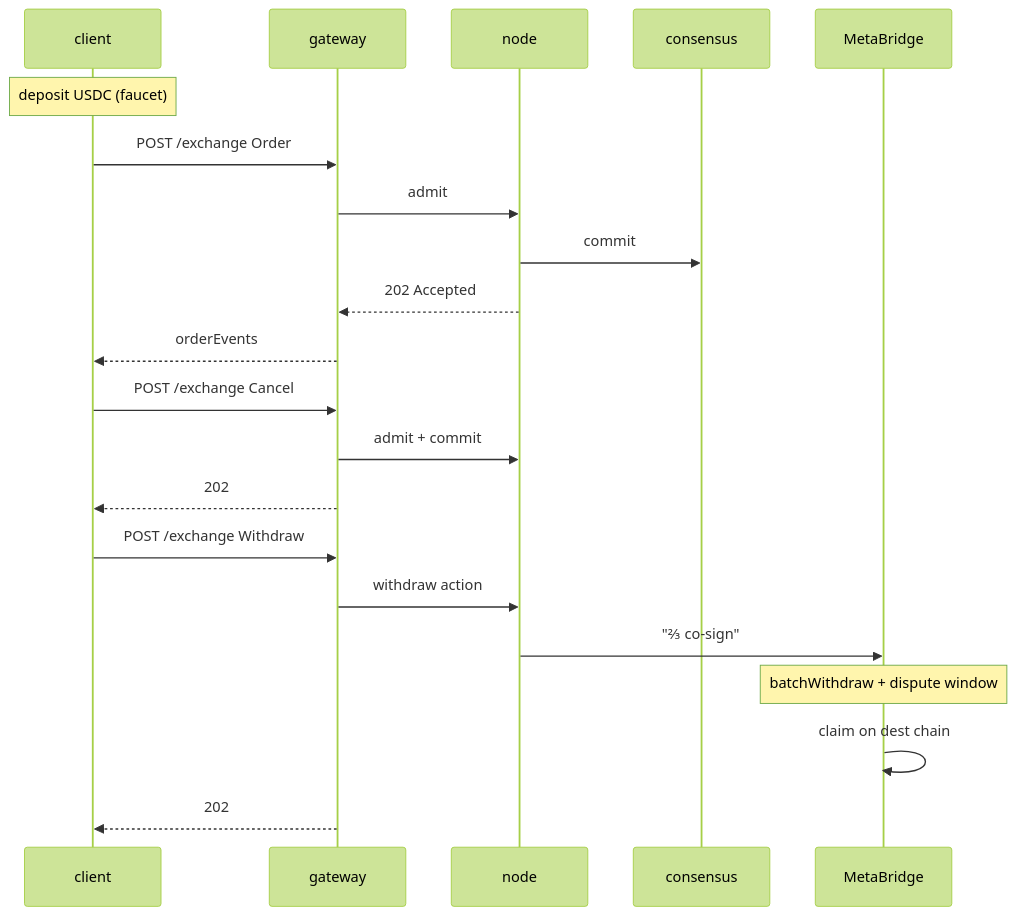
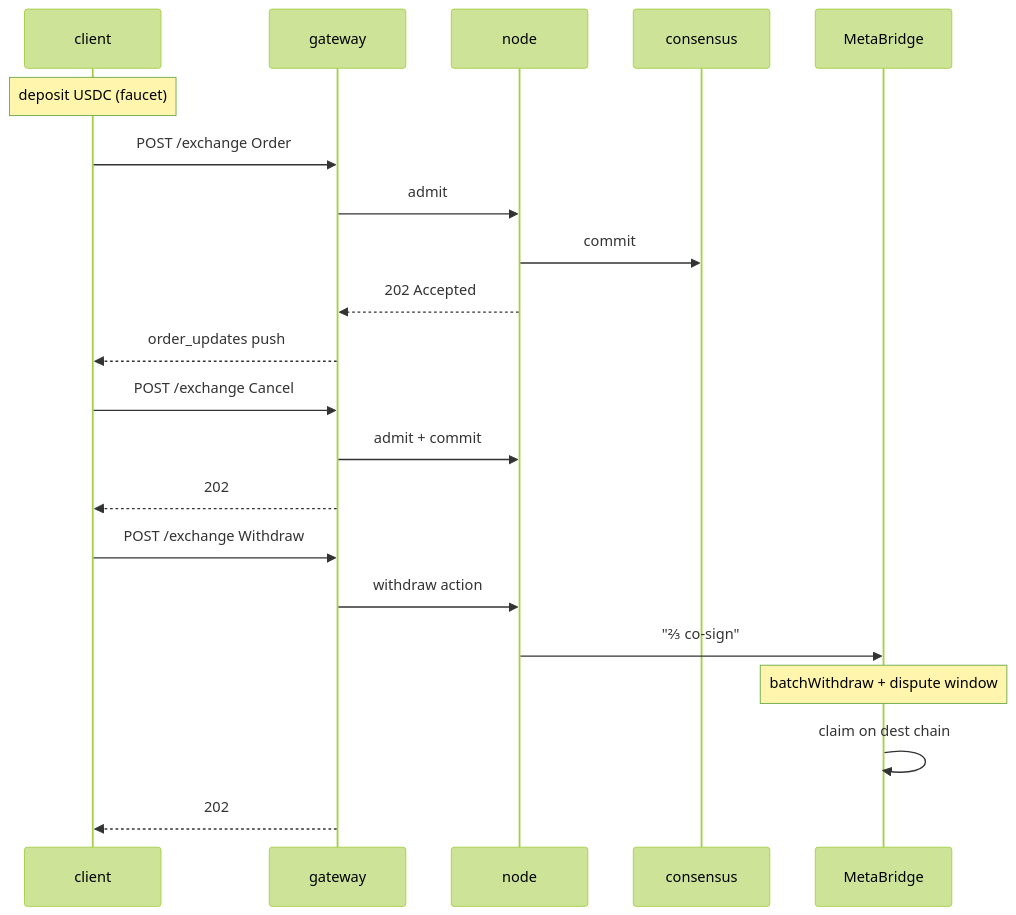
Before and after one commit to mtf-exchange/metaflux-knowledges: the diagram in docs/integration/quickstart.md, drawn with Mermaid (forest theme). The commit also changed other lines of this file and 31 other files, not shown here.

````diff
--- a/docs/integration/quickstart.md
+++ b/docs/integration/quickstart.md
@@ -183,27 +183,27 @@
 ```mermaid
 sequenceDiagram
     participant client
     participant gateway
     participant node
     participant consensus
     participant MetaBridge
 
     Note over client: deposit USDC (faucet)
 
     client->>gateway: POST /exchange Order
     gateway->>node: admit
     node->>consensus: commit
     node-->>gateway: 202 Accepted
-    gateway-->>client: orderEvents
+    gateway-->>client: order_updates push
 
     client->>gateway: POST /exchange Cancel
     gateway->>node: admit + commit
     gateway-->>client: 202
 
     client->>gateway: POST /exchange Withdraw
     gateway->>node: withdraw action
     node->>MetaBridge: "⅔ co-sign"
     Note over MetaBridge: batchWithdraw + dispute window
     MetaBridge->>MetaBridge: claim on dest chain
     gateway-->>client: 202
 ```
````
